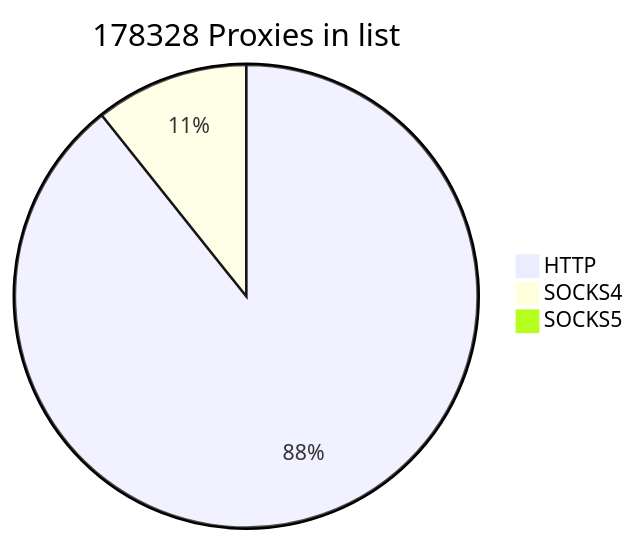
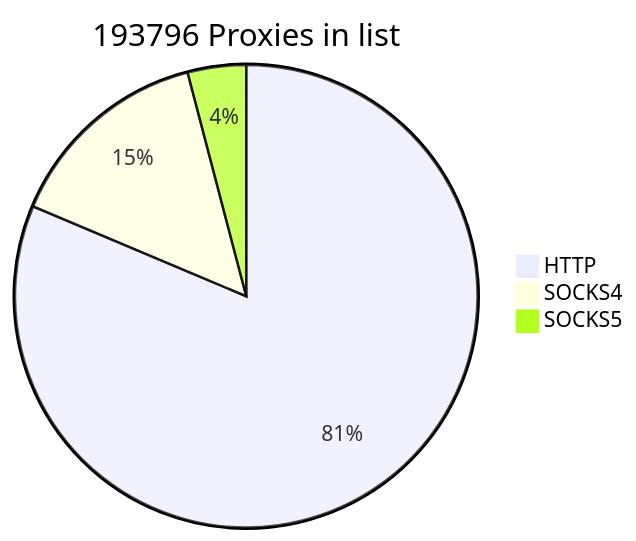
The first of 2 diagrams in README.md (cutipu/proxylist), drawn with Mermaid before and after one commit. The commit also changed other lines of this file, not shown here.

````diff
--- a/README.md
+++ b/README.md
@@ -2,7 +2,7 @@
 ```mermaid
-pie title 178328 Proxies in list
-    "HTTP" : 157704
-    "SOCKS4" : 18942
-    "SOCKS5" : 1682
+pie title 193796 Proxies in list
+    "HTTP" : 157646
+    "SOCKS4" : 28243
+    "SOCKS5" : 7907
             
 ```
````
